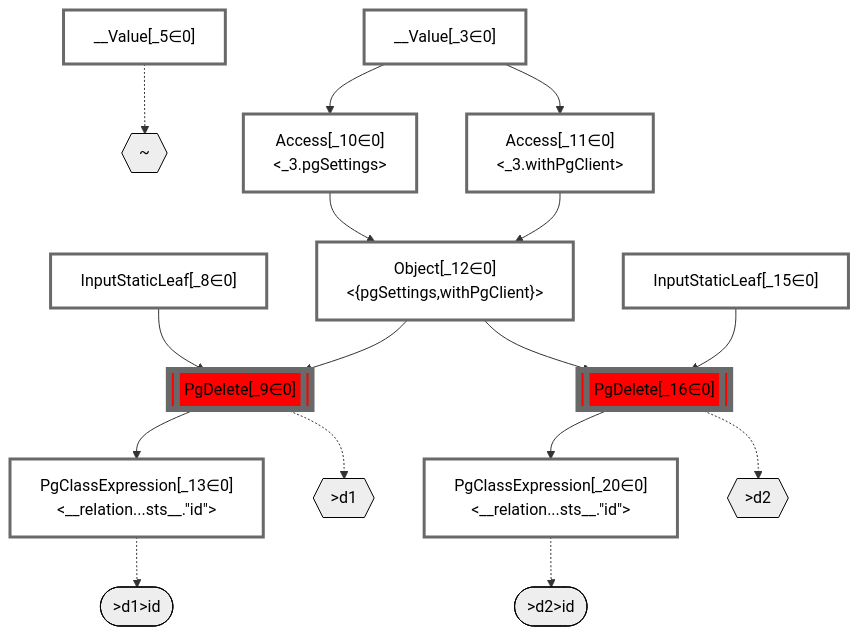
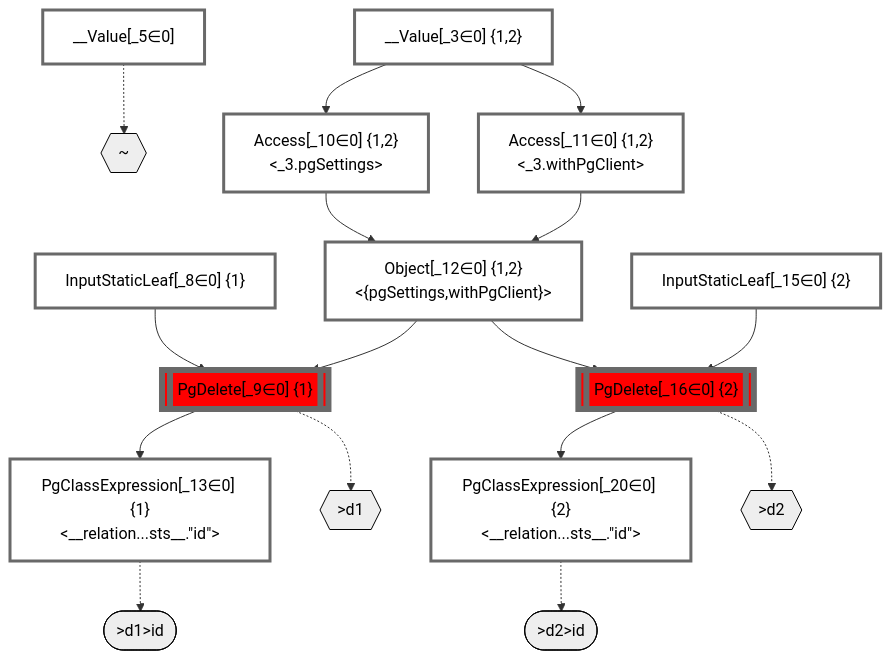
Before and after one commit to graphile/crystal: the diagram in packages/dataplan-pg/__tests__/mutations/basics/delete-relational-post-no-computed.mermaid.md, drawn with Mermaid. The commit also changed 46 other files, not shown here.

Commit message:
Add groupIds to plan graphs

````diff
--- a/packages/dataplan-pg/__tests__/mutations/basics/delete-relational-post-no-computed.mermaid.md
+++ b/packages/dataplan-pg/__tests__/mutations/basics/delete-relational-post-no-computed.mermaid.md
@@ -1,55 +1,55 @@
 ```mermaid
 graph TD
     classDef path fill:#eee,stroke:#000,color:#000
     classDef plan fill:#fff,stroke-width:3px,color:#000
     classDef itemplan fill:#fff,stroke-width:6px,color:#000
     classDef sideeffectplan fill:#f00,stroke-width:6px,color:#000
 
     %% subgraph fields
     P1{{"~"}}:::path
     P2{{">d1"}}:::path
     P3([">d1>id"]):::path
     %% P2 -.-> P3
     %% P1 -.-> P2
     P4{{">d2"}}:::path
     P5([">d2>id"]):::path
     %% P4 -.-> P5
     %% P1 -.-> P4
     %% end
 
     %% define plans
-    __Value_3["__Value[_3∈0]<br /><context>"]:::plan
+    __Value_3["__Value[_3∈0] {1,2}<br /><context>"]:::plan
     __Value_5["__Value[_5∈0]<br /><rootValue>"]:::plan
-    InputStaticLeaf_8["InputStaticLeaf[_8∈0]"]:::plan
-    PgDelete_9[["PgDelete[_9∈0]"]]:::sideeffectplan
-    Access_10["Access[_10∈0]<br /><_3.pgSettings>"]:::plan
-    Access_11["Access[_11∈0]<br /><_3.withPgClient>"]:::plan
-    Object_12["Object[_12∈0]<br /><{pgSettings,withPgClient}>"]:::plan
-    PgClassExpression_13["PgClassExpression[_13∈0]<br /><__relation...sts__.#quot;id#quot;>"]:::plan
-    InputStaticLeaf_15["InputStaticLeaf[_15∈0]"]:::plan
-    PgDelete_16[["PgDelete[_16∈0]"]]:::sideeffectplan
-    PgClassExpression_20["PgClassExpression[_20∈0]<br /><__relation...sts__.#quot;id#quot;>"]:::plan
+    InputStaticLeaf_8["InputStaticLeaf[_8∈0] {1}"]:::plan
+    PgDelete_9[["PgDelete[_9∈0] {1}"]]:::sideeffectplan
+    Access_10["Access[_10∈0] {1,2}<br /><_3.pgSettings>"]:::plan
+    Access_11["Access[_11∈0] {1,2}<br /><_3.withPgClient>"]:::plan
+    Object_12["Object[_12∈0] {1,2}<br /><{pgSettings,withPgClient}>"]:::plan
+    PgClassExpression_13["PgClassExpression[_13∈0] {1}<br /><__relation...sts__.#quot;id#quot;>"]:::plan
+    InputStaticLeaf_15["InputStaticLeaf[_15∈0] {2}"]:::plan
+    PgDelete_16[["PgDelete[_16∈0] {2}"]]:::sideeffectplan
+    PgClassExpression_20["PgClassExpression[_20∈0] {2}<br /><__relation...sts__.#quot;id#quot;>"]:::plan
 
     %% plan dependencies
     Object_12 --> PgDelete_9
     InputStaticLeaf_8 --> PgDelete_9
     __Value_3 --> Access_10
     __Value_3 --> Access_11
     Access_10 --> Object_12
     Access_11 --> Object_12
     PgDelete_9 --> PgClassExpression_13
     Object_12 --> PgDelete_16
     InputStaticLeaf_15 --> PgDelete_16
     PgDelete_16 --> PgClassExpression_20
 
     %% plan-to-path relationships
     __Value_5 -.-> P1
     PgDelete_9 -.-> P2
     PgClassExpression_13 -.-> P3
     PgDelete_16 -.-> P4
     PgClassExpression_20 -.-> P5
 
     %% allocate buckets
     classDef bucket0 stroke:#696969
     class __Value_3,__Value_5,InputStaticLeaf_8,PgDelete_9,Access_10,Access_11,Object_12,PgClassExpression_13,InputStaticLeaf_15,PgDelete_16,PgClassExpression_20 bucket0
 ```
````
